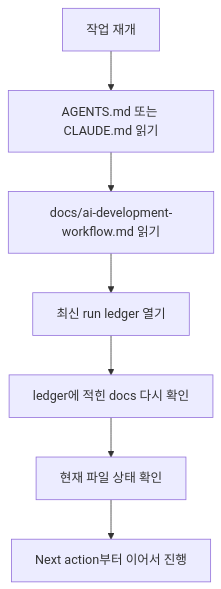
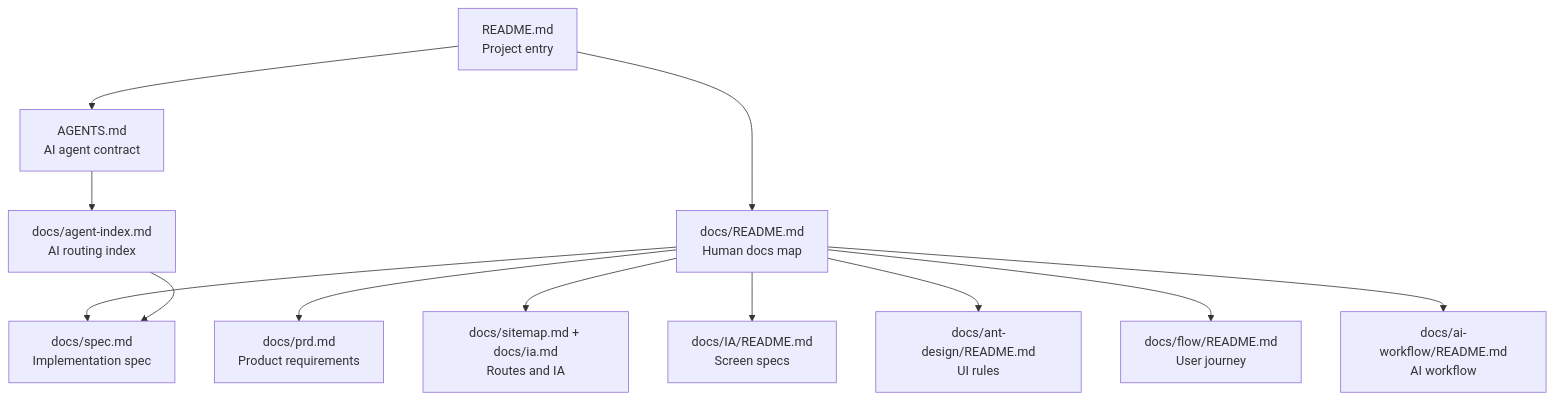
The diagram in README.md (blackstarzck/topik-project-v13), drawn with Mermaid before and after one commit. The commit also changed other lines of this file and 42 other files, not shown here.

First line of the commit message:
chore: publish project docs and workflow hardening

````diff
--- a/README.md
+++ b/README.md
@@ -216,9 +11,14 @@
 ```mermaid
 flowchart TD
-    A["작업 재개"] --> B["AGENTS.md 또는 CLAUDE.md 읽기"]
-    B --> C["docs/ai-development-workflow.md 읽기"]
-    C --> D["최신 run ledger 열기"]
-    D --> E["ledger에 적힌 docs 다시 확인"]
-    E --> F["현재 파일 상태 확인"]
-    F --> G["Next action부터 이어서 진행"]
+    A["README.md<br/>Project entry"] --> B["docs/README.md<br/>Human docs map"]
+    A --> X["AGENTS.md<br/>AI agent contract"]
+    X --> Y["docs/agent-index.md<br/>AI routing index"]
+    B --> C["docs/spec.md<br/>Implementation spec"]
+    B --> D["docs/prd.md<br/>Product requirements"]
+    B --> E["docs/sitemap.md + docs/ia.md<br/>Routes and IA"]
+    B --> F["docs/IA/README.md<br/>Screen specs"]
+    B --> G["docs/ant-design/README.md<br/>UI rules"]
+    B --> H["docs/flow/README.md<br/>User journey"]
+    B --> I["docs/ai-workflow/README.md<br/>AI workflow"]
+    Y --> C
 ```
````
